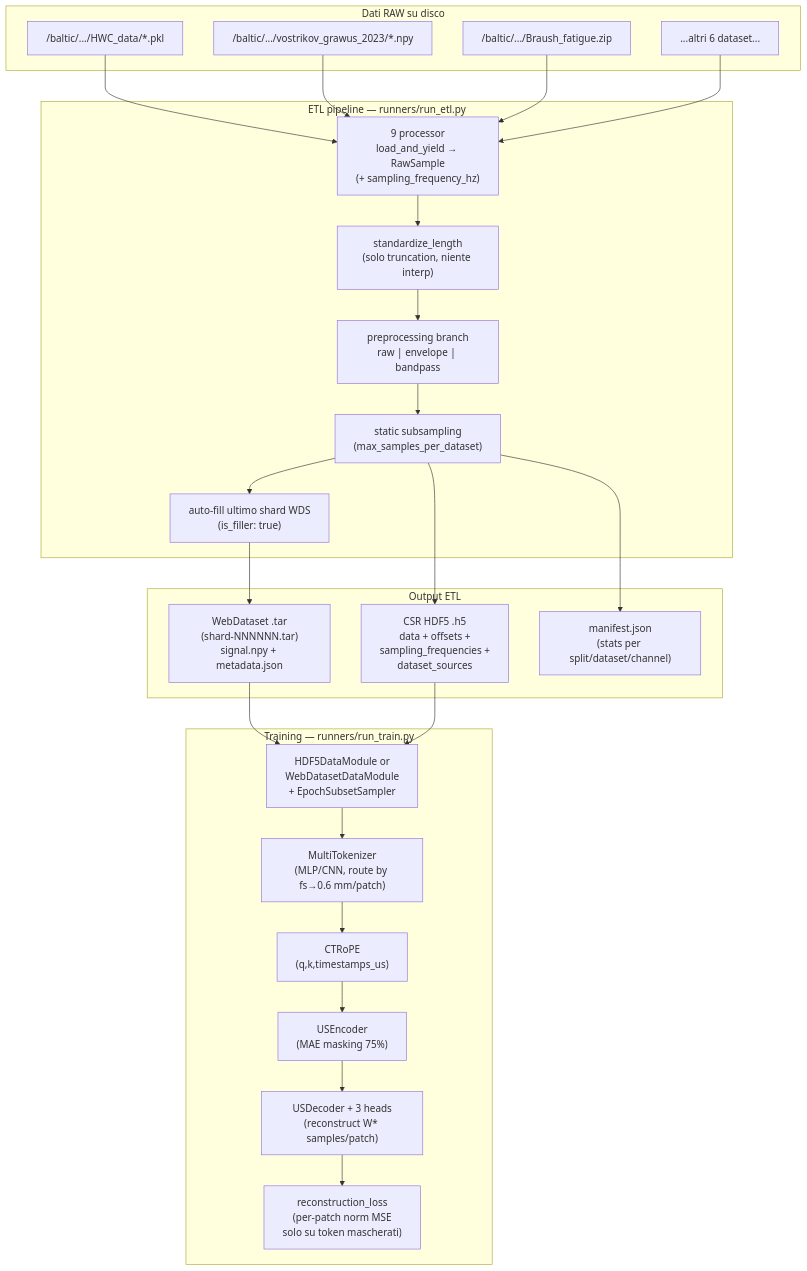
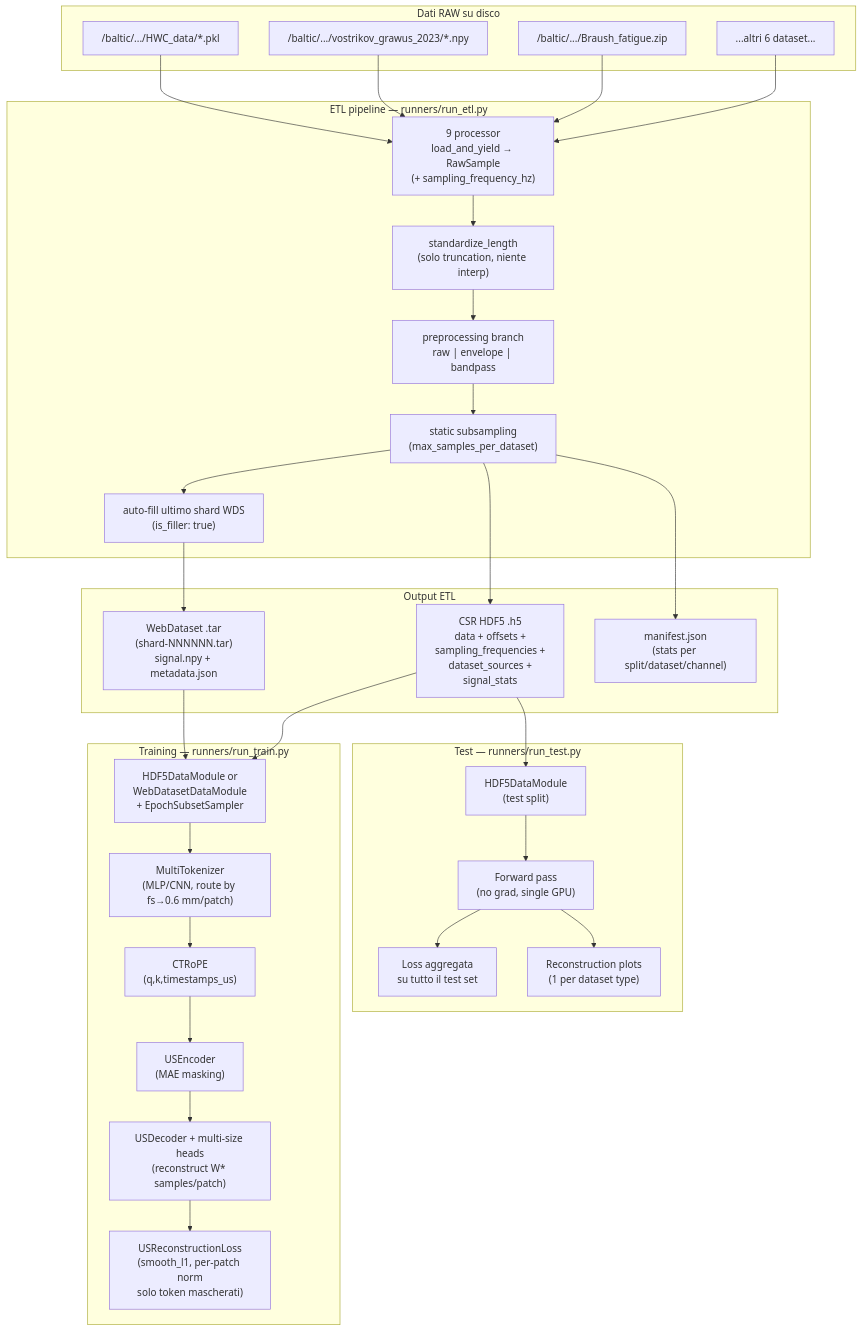
One commit to Merlo02/us_foundation changed the diagram in README_plan.md. Above: the diagram before and after it, drawn with Mermaid. The commit also changed other lines of this file and 14 other files, not shown here.

````diff
--- a/README_plan.md
+++ b/README_plan.md
@@ -67,49 +82,61 @@
 ```mermaid
 flowchart TD
     subgraph RAW [Dati RAW su disco]
         R1["/baltic/.../HWC_data/*.pkl"]
         R2["/baltic/.../vostrikov_grawus_2023/*.npy"]
         R3["/baltic/.../Braush_fatigue.zip"]
         R4["...altri 6 dataset..."]
     end
 
     subgraph ETL [ETL pipeline — runners/run_etl.py]
         P["9 processor\nload_and_yield → RawSample\n(+ sampling_frequency_hz)"]
         S["standardize_length\n(solo truncation, niente interp)"]
         PP["preprocessing branch\nraw | envelope | bandpass"]
         SUB["static subsampling\n(max_samples_per_dataset)"]
         PAD["auto-fill ultimo shard WDS\n(is_filler: true)"]
     end
 
     subgraph OUT [Output ETL]
         WDS["WebDataset .tar\n(shard-NNNNNN.tar)\nsignal.npy + metadata.json"]
-        HDF5["CSR HDF5 .h5\ndata + offsets +\nsampling_frequencies +\ndataset_sources"]
+        HDF5["CSR HDF5 .h5\ndata + offsets +\nsampling_frequencies +\ndataset_sources +\nsignal_stats"]
         MAN["manifest.json\n(stats per split/dataset/channel)"]
     end
 
     subgraph TRAIN [Training — runners/run_train.py]
         DM["HDF5DataModule or\nWebDatasetDataModule\n+ EpochSubsetSampler"]
         TOK["MultiTokenizer\n(MLP/CNN, route by fs→0.6 mm/patch)"]
         CTR["CTRoPE\n(q,k,timestamps_us)"]
-        ENC["USEncoder\n(MAE masking 75%)"]
-        DEC["USDecoder + 3 heads\n(reconstruct W* samples/patch)"]
-        LOSS["reconstruction_loss\n(per-patch norm MSE\nsolo su token mascherati)"]
+        ENC["USEncoder\n(MAE masking)"]
+        DEC["USDecoder + multi-size heads\n(reconstruct W* samples/patch)"]
+        LOSS["USReconstructionLoss\n(smooth_l1, per-patch norm\nsolo token mascherati)"]
+    end
+
+    subgraph TEST [Test — runners/run_test.py]
+        TDM["HDF5DataModule\n(test split)"]
+        INF["Forward pass\n(no grad, single GPU)"]
+        TLOSS["Loss aggregata\nsu tutto il test set"]
+        PLOT["Reconstruction plots\n(1 per dataset type)"]
     end
 
     R1 --> P
     R2 --> P
     R3 --> P
     R4 --> P
     P --> S --> PP --> SUB --> PAD
     PAD --> WDS
     SUB --> HDF5
     SUB --> MAN
 
     WDS --> DM
     HDF5 --> DM
     DM --> TOK
     TOK --> CTR
     CTR --> ENC
     ENC --> DEC
     DEC --> LOSS
+
+    HDF5 --> TDM
+    TDM --> INF
+    INF --> TLOSS
+    INF --> PLOT
 ```
````
